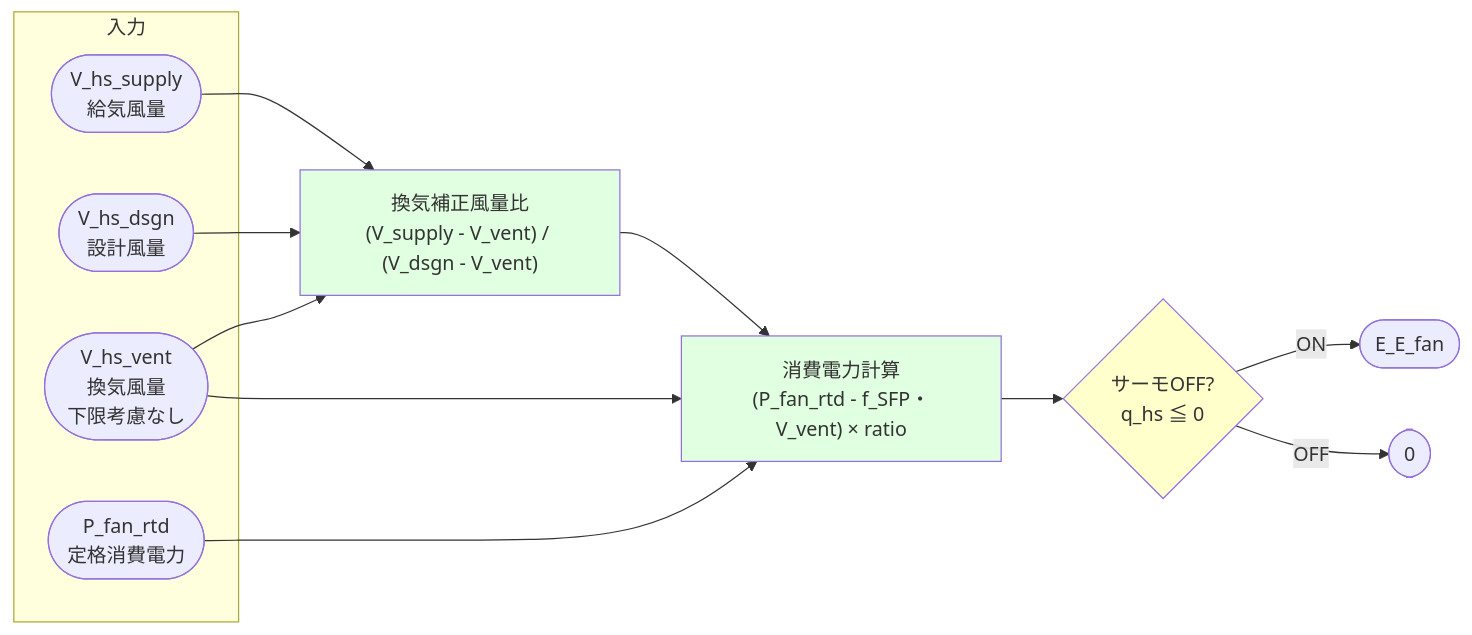
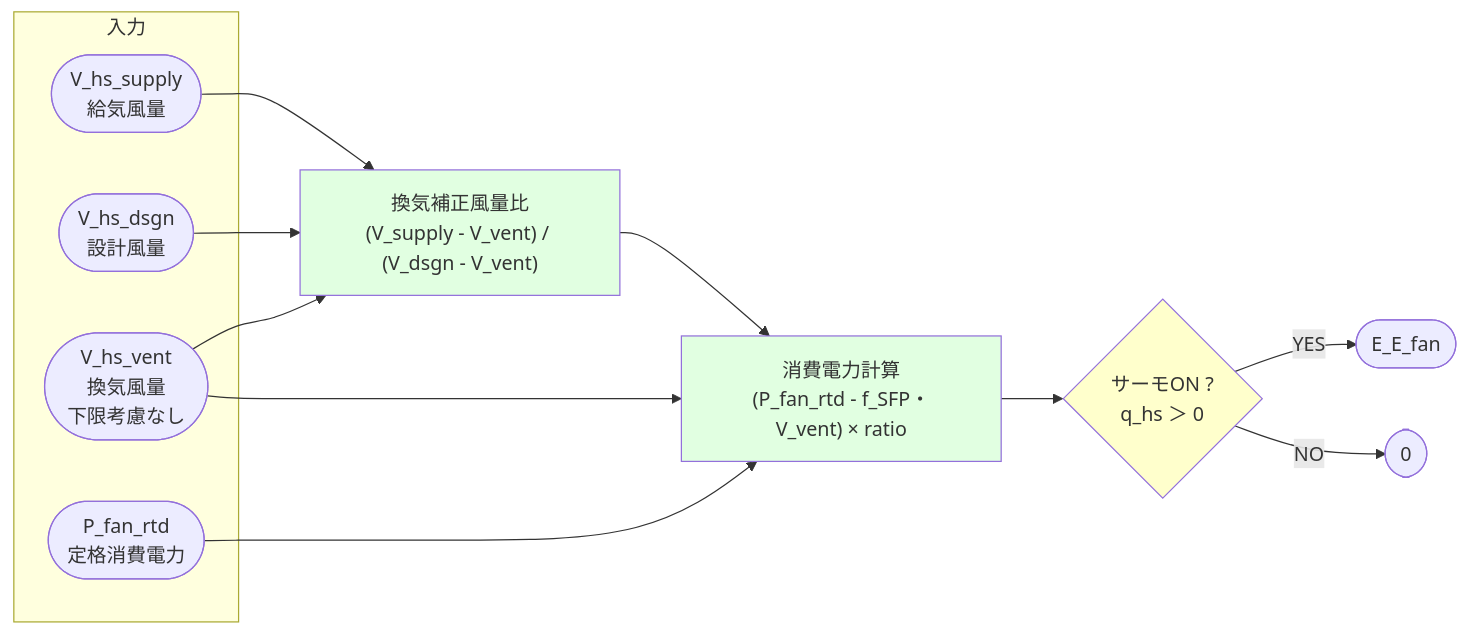
Before and after one commit to iguchi-lab/Verification-Platform-Next: the fifth of 8 diagrams in docs/最低風量_最低電力_直接入力.md, drawn with Mermaid. The commit also changed other lines of this file, not shown here.

````diff
--- a/docs/最低風量_最低電力_直接入力.md
+++ b/docs/最低風量_最低電力_直接入力.md
@@ -170,26 +169,26 @@
 ```mermaid
 flowchart LR
 
 subgraph 入力
     V(["V_hs_supply<br/>給気風量"])
     V_dsgn(["V_hs_dsgn<br/>設計風量"])
     V_vent(["V_hs_vent<br/>換気風量<br/>下限考慮なし"])
     P(["P_fan_rtd<br/>定格消費電力"])
 end
 
 V --> Ratio["換気補正風量比<br/>(V_supply - V_vent) / (V_dsgn - V_vent)"]
 V_dsgn --> Ratio
 V_vent --> Ratio
 
 Ratio --> Power["消費電力計算<br/>(P_fan_rtd - f_SFP・V_vent) × ratio"]
 P --> Power
 V_vent --> Power
 
-Power --> Check{サーモOFF?<br/>q_hs ≦ 0}
-Check -->|ON| Result(["E_E_fan"])
-Check -->|OFF| Zero([0])
+Power --> Check{サーモON ?<br/>q_hs ＞ 0}
+Check -->|YES| Result(["E_E_fan"])
+Check -->|NO| Zero([0])
 
 style Ratio fill:#e1ffe1
 style Power fill:#e1ffe1
 style Check fill:#ffffcc
 ```
````
